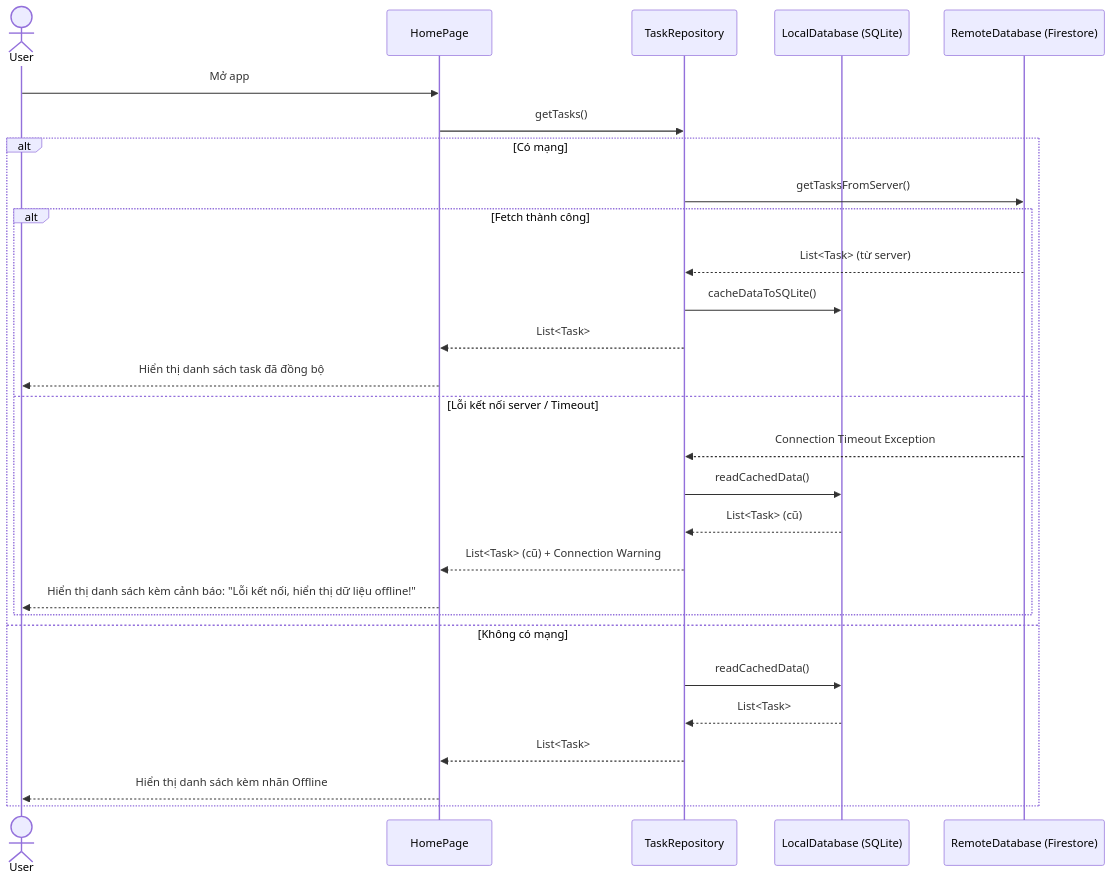
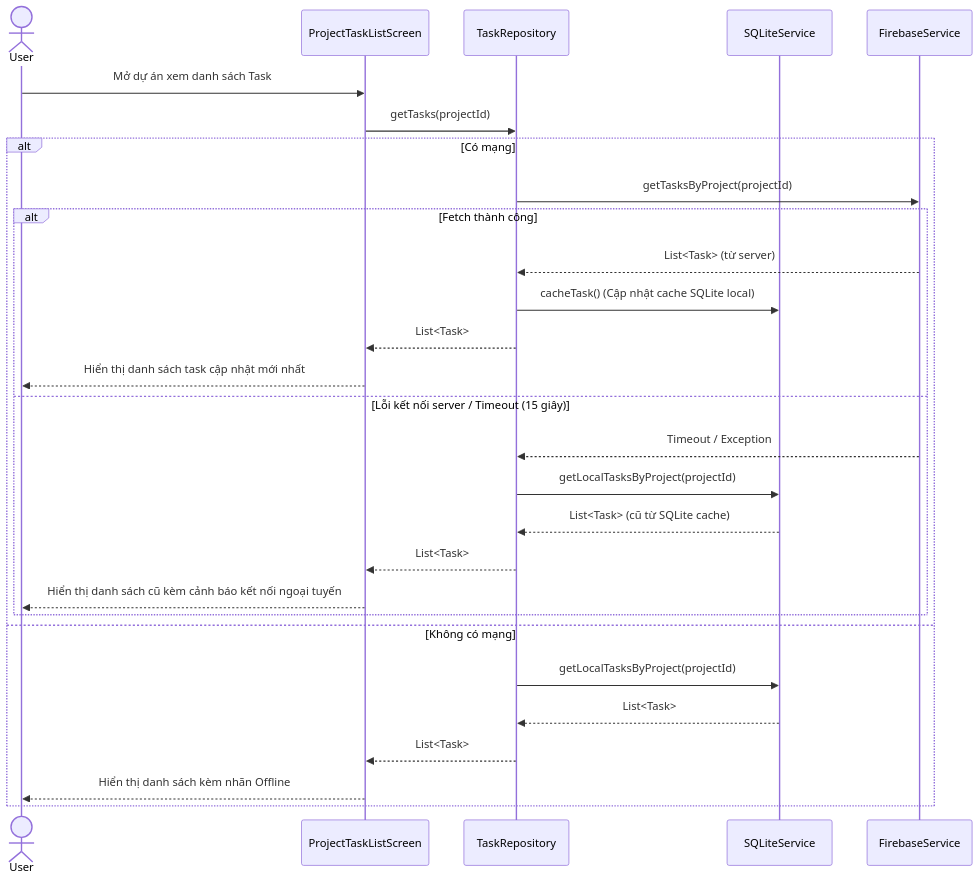
One commit to ttt-huong/TaskFlow_Huong_Thuong_Cuong_N03_1_2026 changed diagram 11 of 24 in docs/uml_va_luong_hoat_dong.md. Above: the diagram before and after it, drawn with Mermaid. The commit also changed other lines of this file and 3 other files, not shown here.

Commit message:
docs: redesign UML diagrams and add final course reports

````diff
--- a/docs/uml_va_luong_hoat_dong.md
+++ b/docs/uml_va_luong_hoat_dong.md
@@ -349,32 +493,32 @@
 ```mermaid
 sequenceDiagram
     actor User
-    participant UI as HomePage
+    participant UI as ProjectTaskListScreen
     participant Repo as TaskRepository
-    participant SQLite as LocalDatabase (SQLite)
-    participant Cloud as RemoteDatabase (Firestore)
+    participant SQLite as SQLiteService
+    participant Cloud as FirebaseService
 
-    User->>UI: Mở app
-    UI->>Repo: getTasks()
+    User->>UI: Mở dự án xem danh sách Task
+    UI->>Repo: getTasks(projectId)
     
     alt Có mạng
-        Repo->>Cloud: getTasksFromServer()
+        Repo->>Cloud: getTasksByProject(projectId)
         alt Fetch thành công
             Cloud-->>Repo: List<Task> (từ server)
-            Repo->>SQLite: cacheDataToSQLite()
+            Repo->>SQLite: cacheTask() (Cập nhật cache SQLite local)
             Repo-->>UI: List<Task>
-            UI-->>User: Hiển thị danh sách task đã đồng bộ
-        else Lỗi kết nối server / Timeout
-            Cloud-->>Repo: Connection Timeout Exception
-            Repo->>SQLite: readCachedData()
-            SQLite-->>Repo: List<Task> (cũ)
-            Repo-->>UI: List<Task> (cũ) + Connection Warning
-            UI-->>User: Hiển thị danh sách kèm cảnh báo: "Lỗi kết nối, hiển thị dữ liệu offline!"
+            UI-->>User: Hiển thị danh sách task cập nhật mới nhất
+        else Lỗi kết nối server / Timeout (15 giây)
+            Cloud-->>Repo: Timeout / Exception
+            Repo->>SQLite: getLocalTasksByProject(projectId)
+            SQLite-->>Repo: List<Task> (cũ từ SQLite cache)
+            Repo-->>UI: List<Task>
+            UI-->>User: Hiển thị danh sách cũ kèm cảnh báo kết nối ngoại tuyến
         end
     else Không có mạng
-        Repo->>SQLite: readCachedData()
+        Repo->>SQLite: getLocalTasksByProject(projectId)
         SQLite-->>Repo: List<Task>
         Repo-->>UI: List<Task>
         UI-->>User: Hiển thị danh sách kèm nhãn Offline
     end
 ```
````
